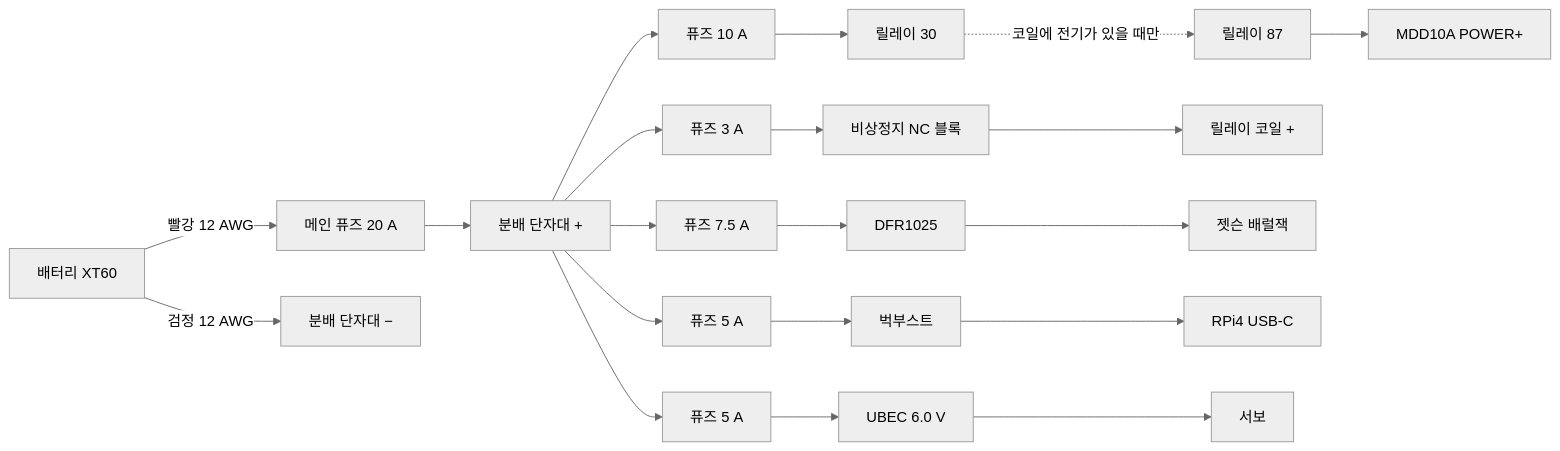
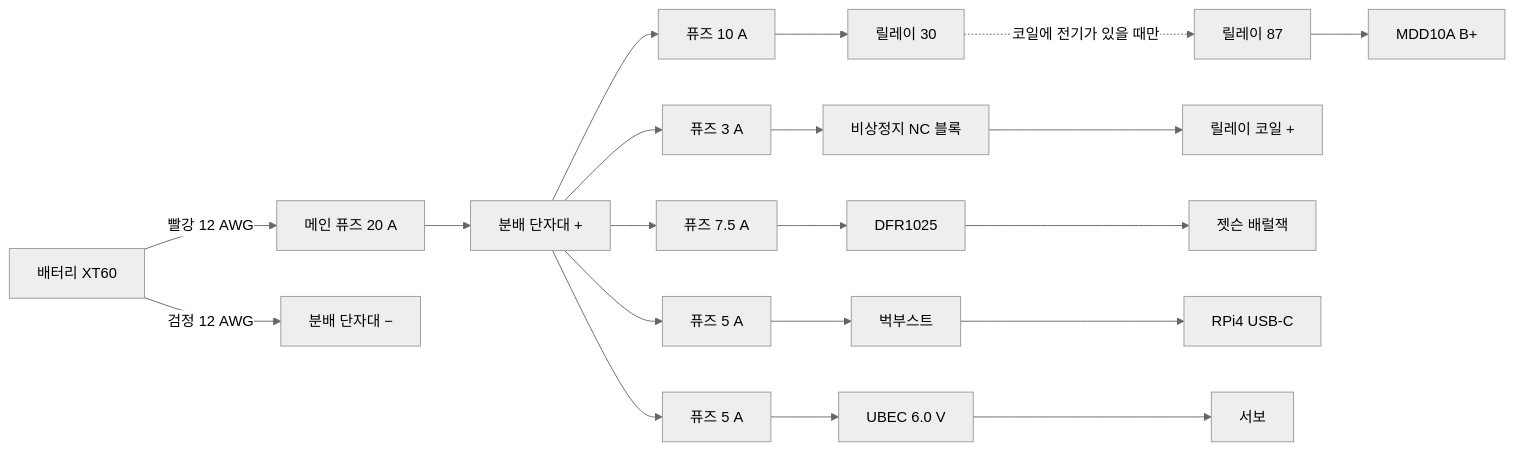
One commit to gbw11/perseus changed the diagram in docs/vehicle/assembly-guide.md. Above: the diagram before and after it, drawn with Mermaid (neutral theme). The commit also changed other lines of this file, not shown here.

Commit message:
docs(common): MDD10A 전원 단자를 보드 인쇄대로 B+·B− 로 부르고 M1B·M2B 와 구분한다

````diff
--- a/docs/vehicle/assembly-guide.md
+++ b/docs/vehicle/assembly-guide.md
@@ -155,11 +155,11 @@
 ```mermaid
 flowchart LR
     BAT["배터리 XT60"] -->|"빨강 12 AWG"| F0["메인 퓨즈 20 A"] --> BP["분배 단자대 +"]
     BAT -->|"검정 12 AWG"| BN["분배 단자대 −"]
     BP --> FM["퓨즈 10 A"] --> R30["릴레이 30"]
-    R30 -.->|"코일에 전기가 있을 때만"| R87["릴레이 87"] --> MDD["MDD10A POWER+"]
+    R30 -.->|"코일에 전기가 있을 때만"| R87["릴레이 87"] --> MDD["MDD10A B+"]
     BP --> FC["퓨즈 3 A"] --> ES["비상정지 NC 블록"] --> R86["릴레이 코일 +"]
     BP --> FJ["퓨즈 7.5 A"] --> DFR["DFR1025"] --> JET["젯슨 배럴잭"]
     BP --> FR["퓨즈 5 A"] --> BB["벅부스트"] --> RPI["RPi4 USB-C"]
     BP --> FS["퓨즈 5 A"] --> UB["UBEC 6.0 V"] --> SV["서보"]
 ```
````
